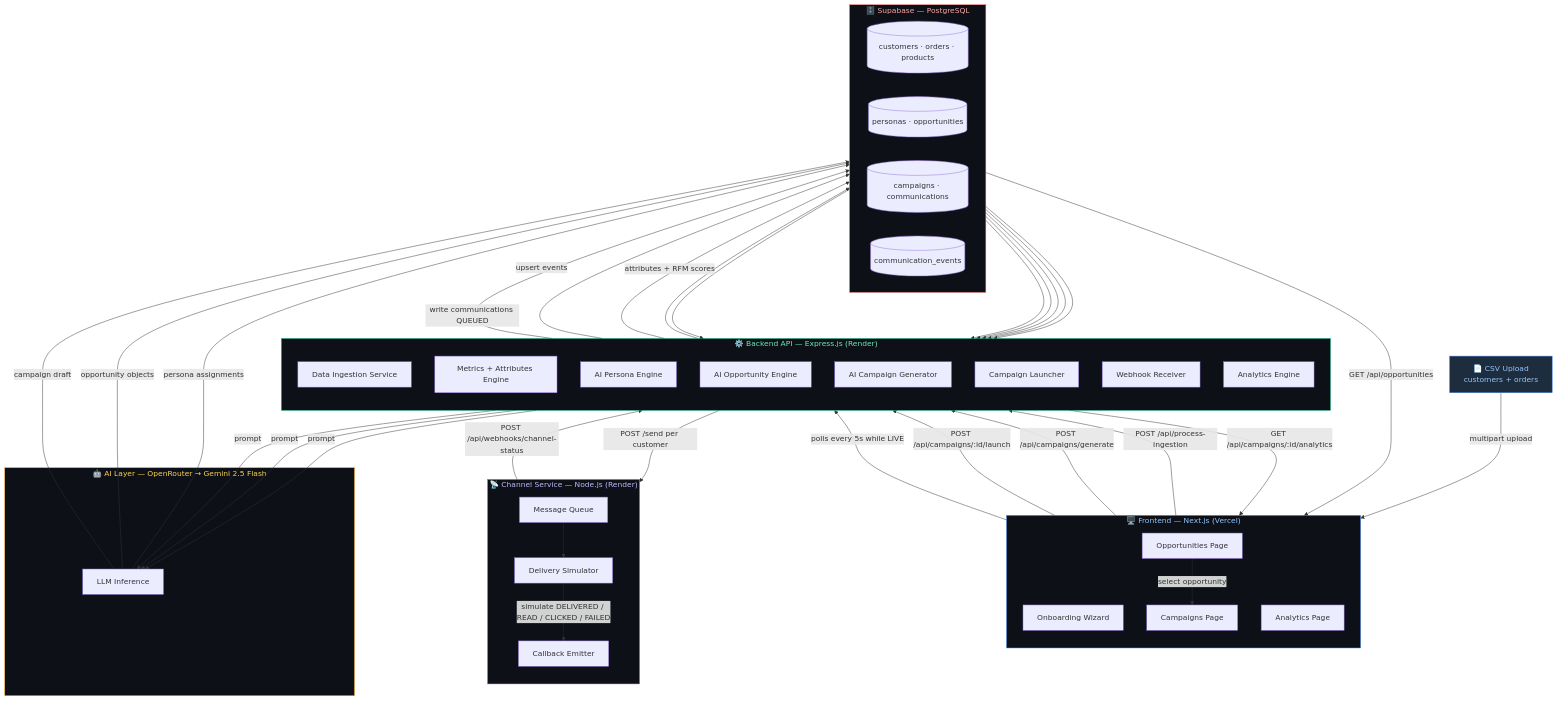
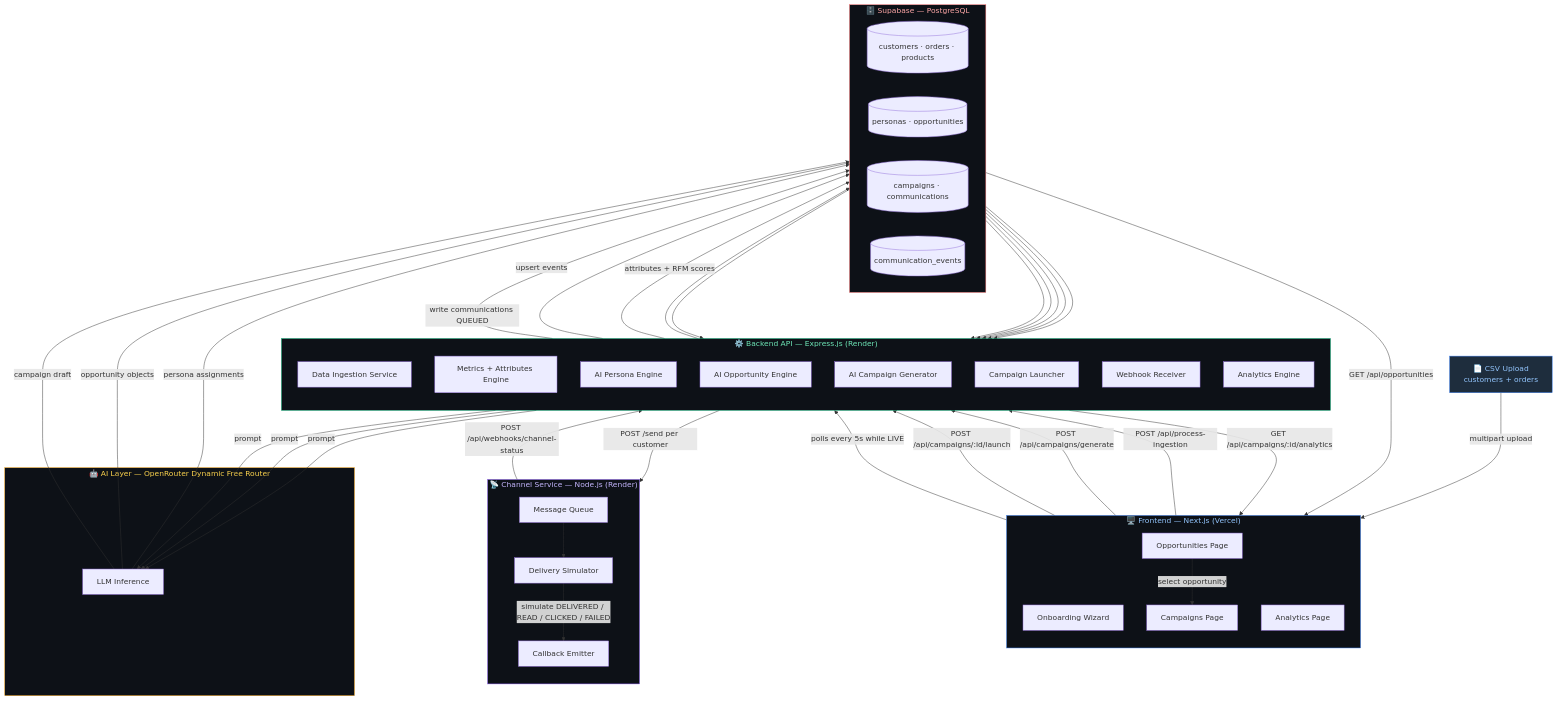
Before and after one commit to Mithurn/GROWTH-OS: the diagram in README.md, drawn with Mermaid. The commit also changed other lines of this file and 1 other file, not shown here.

Commit message:
docs: update READMEs to reflect openrouter/free dynamic model router

````diff
--- a/README.md
+++ b/README.md
@@ -65,81 +66,81 @@
 ```mermaid
 graph TD
     subgraph CLIENT["🖥️  Frontend — Next.js (Vercel)"]
         direction TB
         ONB[Onboarding Wizard]
         OPP[Opportunities Page]
         CAM[Campaigns Page]
         ANA[Analytics Page]
     end
 
     subgraph BACKEND["⚙️  Backend API — Express.js (Render)"]
         direction TB
         ING[Data Ingestion Service]
         MET[Metrics + Attributes Engine]
         PER[AI Persona Engine]
         OPP_SVC[AI Opportunity Engine]
         CAM_SVC[AI Campaign Generator]
         LAUNCH[Campaign Launcher]
         WH[Webhook Receiver]
         AN[Analytics Engine]
     end
 
     subgraph CHANNEL["📡  Channel Service — Node.js (Render)"]
         direction TB
         QUEUE[Message Queue]
         SIM[Delivery Simulator]
         CB[Callback Emitter]
     end
 
-    subgraph AI["🤖  AI Layer — OpenRouter → Gemini 2.5 Flash"]
+    subgraph AI["🤖  AI Layer — OpenRouter Dynamic Free Router"]
         LLM[LLM Inference]
     end
 
     subgraph DB["🗄️  Supabase — PostgreSQL"]
         direction LR
         T1[(customers · orders · products)]
         T2[(personas · opportunities)]
         T3[(campaigns · communications)]
         T4[(communication_events)]
     end
 
     CSV[📄 CSV Upload\ncustomers + orders] -->|multipart upload| ONB
     ONB -->|POST /api/process-ingestion| ING
     ING --> T1
     T1 --> MET
     MET -->|attributes + RFM scores| T1
     T1 --> PER
 
     PER -->|prompt| LLM
     LLM -->|persona assignments| T2
     T2 --> OPP_SVC
     OPP_SVC -->|prompt| LLM
     LLM -->|opportunity objects| T2
     T2 -->|GET /api/opportunities| OPP
 
     OPP -->|select opportunity| CAM
     CAM -->|POST /api/campaigns/generate| CAM_SVC
     CAM_SVC -->|prompt| LLM
     LLM -->|campaign draft| T3
     CAM -->|POST /api/campaigns/:id/launch| LAUNCH
     LAUNCH -->|write communications QUEUED| T3
 
     LAUNCH -->|POST /send per customer| QUEUE
     QUEUE --> SIM
     SIM -->|simulate DELIVERED / READ / CLICKED / FAILED| CB
     CB -->|POST /api/webhooks/channel-status| WH
     WH -->|upsert events| T4
 
     T3 --> AN
     T4 --> AN
     T2 --> AN
     AN -->|GET /api/campaigns/:id/analytics| ANA
     ANA -->|polls every 5s while LIVE| AN
 
     style CLIENT fill:#0D1117,stroke:#3B82F6,color:#93C5FD
     style BACKEND fill:#0D1117,stroke:#10B981,color:#6EE7B7
     style CHANNEL fill:#0D1117,stroke:#8B5CF6,color:#C4B5FD
     style AI fill:#0D1117,stroke:#F59E0B,color:#FCD34D
     style DB fill:#0D1117,stroke:#F87171,color:#FCA5A5
     style CSV fill:#1E2D3D,stroke:#3B82F6,color:#93C5FD
 ```
````
